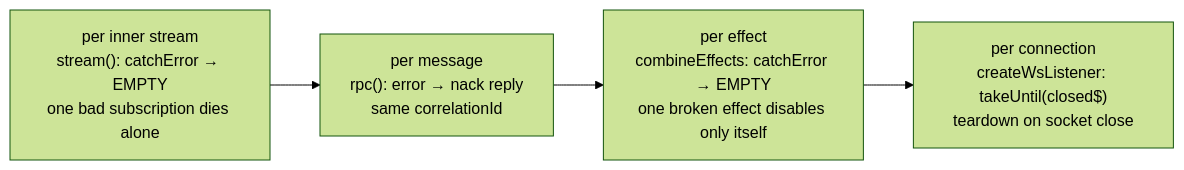
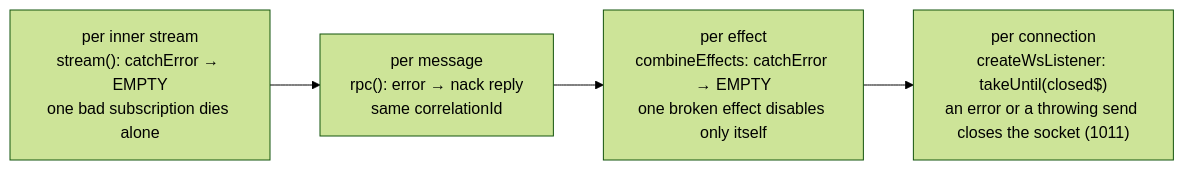
The fourth of 5 diagrams in docs/architecture/07-communication-patterns.md (bettersoftware-io/ReactiveTraderCloudClone), drawn with Mermaid (forest theme) before and after one commit. The commit also changed other lines of this file and 73 other files, not shown here.

````diff
--- a/docs/architecture/07-communication-patterns.md
+++ b/docs/architecture/07-communication-patterns.md
@@ -158,8 +158,8 @@
 ```mermaid
 flowchart LR
     L1["per inner stream<br/>stream(): catchError → EMPTY<br/>one bad subscription dies alone"]
     L2["per message<br/>rpc(): error → nack reply<br/>same correlationId"]
     L3["per effect<br/>combineEffects: catchError → EMPTY<br/>one broken effect disables only itself"]
-    L4["per connection<br/>createWsListener: takeUntil(closed$)<br/>teardown on socket close"]
+    L4["per connection<br/>createWsListener: takeUntil(closed$)<br/>an error or a throwing send closes the socket (1011)"]
     L1 --> L2 --> L3 --> L4
 ```
````
